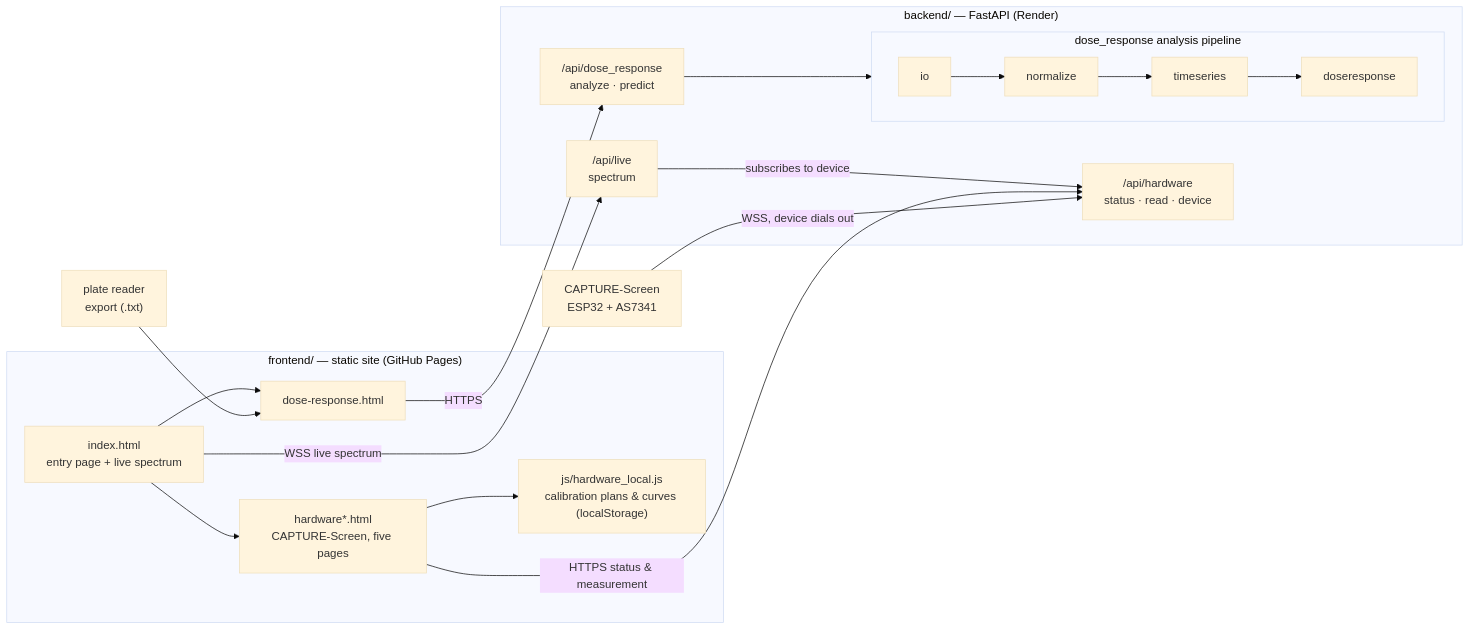
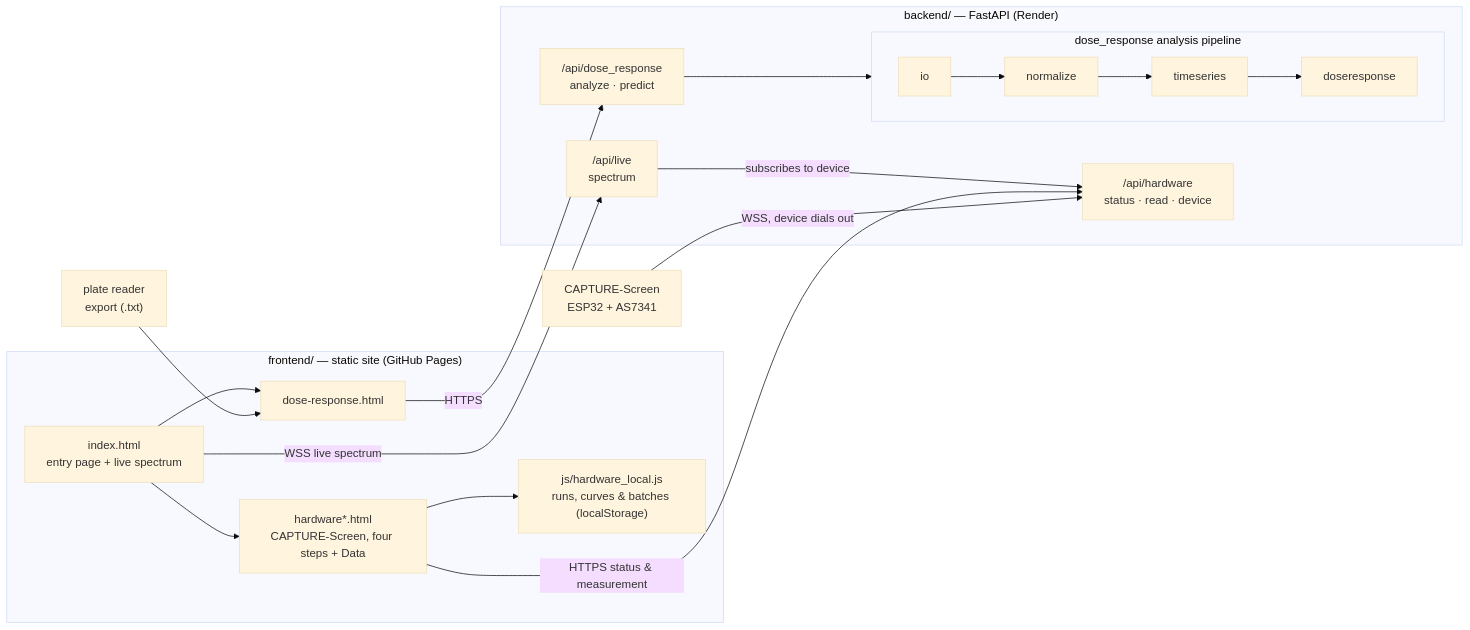
The diagram in README.md (igem-ncku-software/igem-software), drawn with Mermaid (base theme) before and after one commit. The commit also changed other lines of this file and 22 other files, not shown here.

````diff
--- a/README.md
+++ b/README.md
@@ -14,33 +14,33 @@
 ```mermaid
 flowchart LR
     FILE["plate reader<br/>export (.txt)"]
     DEV["CAPTURE-Screen<br/>ESP32 + AS7341"]
 
     subgraph FE["frontend/ — static site (GitHub Pages)"]
         IDX["index.html<br/>entry page + live spectrum"]
         DR["dose-response.html"]
-        HW["hardware*.html<br/>CAPTURE-Screen, five pages"]
-        LOCAL["js/hardware_local.js<br/>calibration plans & curves (localStorage)"]
+        HW["hardware*.html<br/>CAPTURE-Screen, four steps + Data"]
+        LOCAL["js/hardware_local.js<br/>runs, curves & batches (localStorage)"]
         IDX --> DR
         IDX --> HW
         HW --> LOCAL
     end
 
     subgraph BE["backend/ — FastAPI (Render)"]
         RT1["/api/dose_response<br/>analyze · predict"]
         HUB["/api/hardware<br/>status · read · device"]
         LIVE["/api/live<br/>spectrum"]
         LIVE -->|subscribes to device| HUB
         subgraph PIPE["dose_response analysis pipeline"]
             direction LR
             IO["io"] --> NRM["normalize"] --> TS["timeseries"] --> DRS["doseresponse"]
         end
         RT1 --> PIPE
     end
 
     FILE --> DR
     DR -->|HTTPS| RT1
     IDX -->|WSS live spectrum| LIVE
     HW -->|HTTPS status & measurement| HUB
     DEV -->|WSS, device dials out| HUB
 ```
````
